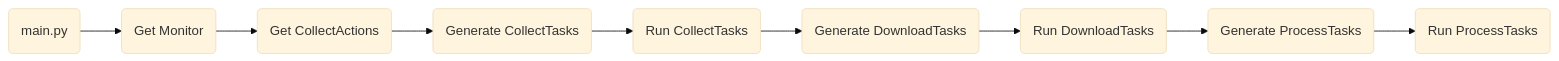
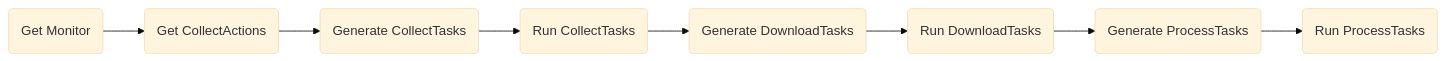
Before and after one commit to ibex-app/data-collection-and-processing: the diagram in README.md, drawn with Mermaid (base theme).

````diff
--- a/README.md
+++ b/README.md
@@ -56,11 +56,10 @@
 ```mermaid
 flowchart LR
-A(main.py) --> B(Get Monitor)
-B --> C(Get CollectActions)
+B(Get Monitor) --> C(Get CollectActions)
 C --> D(Generate CollectTasks)
 D --> E(Run CollectTasks)
 E --> F(Generate DownloadTasks)
 F --> G(Run DownloadTasks)
 G --> H(Generate ProcessTasks)
 H --> I(Run ProcessTasks)
 ```
````
